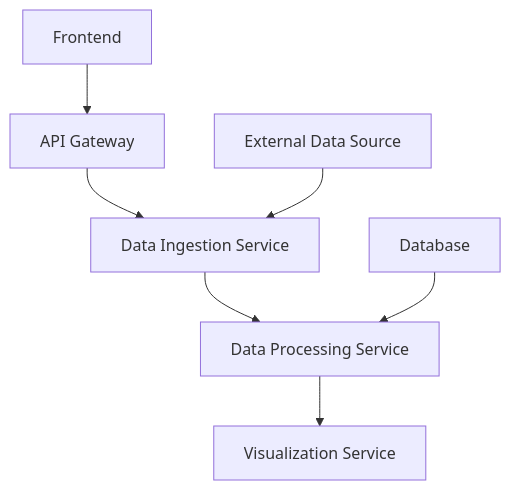
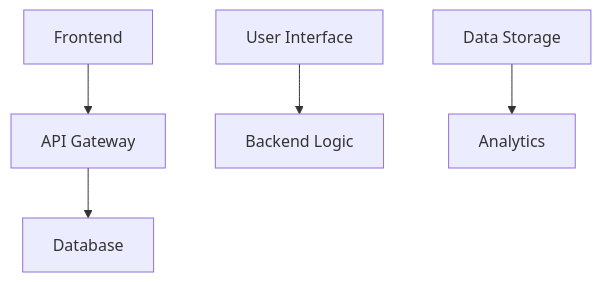
One commit to Syed-Hamza13/ai-pdf-reader changed the first of 3 diagrams in README.md. Above: the diagram before and after it, drawn with Mermaid. The commit also changed other lines of this file, not shown here.

````diff
--- a/README.md
+++ b/README.md
@@ -45,9 +41,7 @@
 ```mermaid
 graph TD;
     A[Frontend] --> B[API Gateway]
-    B --> C[Data Ingestion Service]
-    C --> D[Data Processing Service]
-    D --> E[Visualization Service]
-    F[Database] --> D
-    G[External Data Source] --> C
+    B --> C[Database]
+    D[User Interface] --> E[Backend Logic]
+    F[Data Storage] --> G[Analytics]
 ```
````
